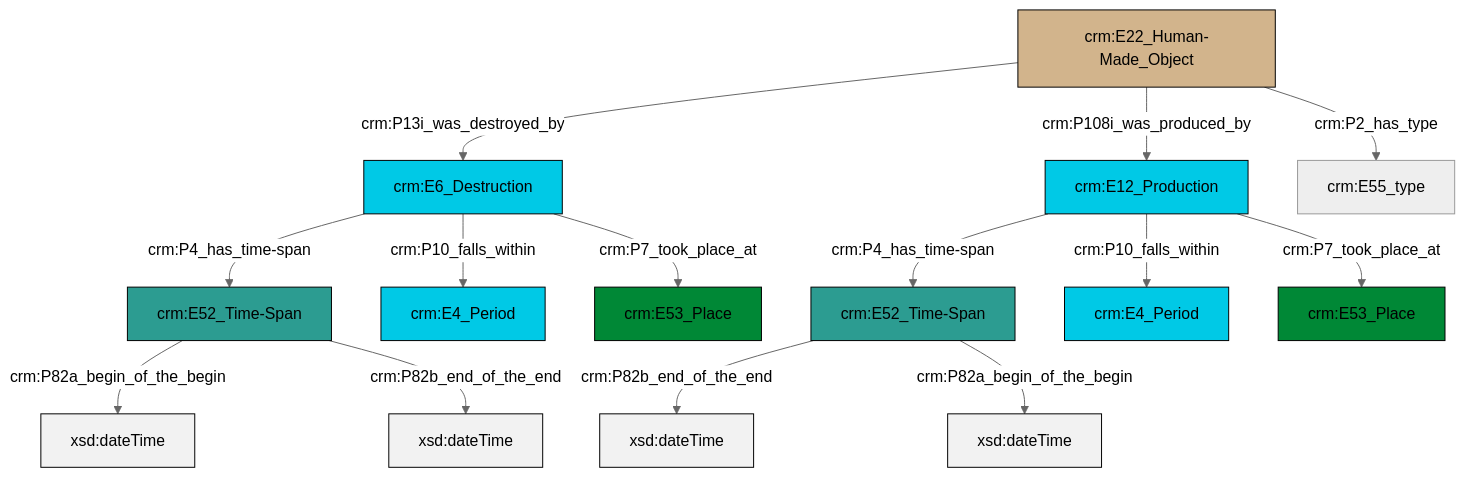
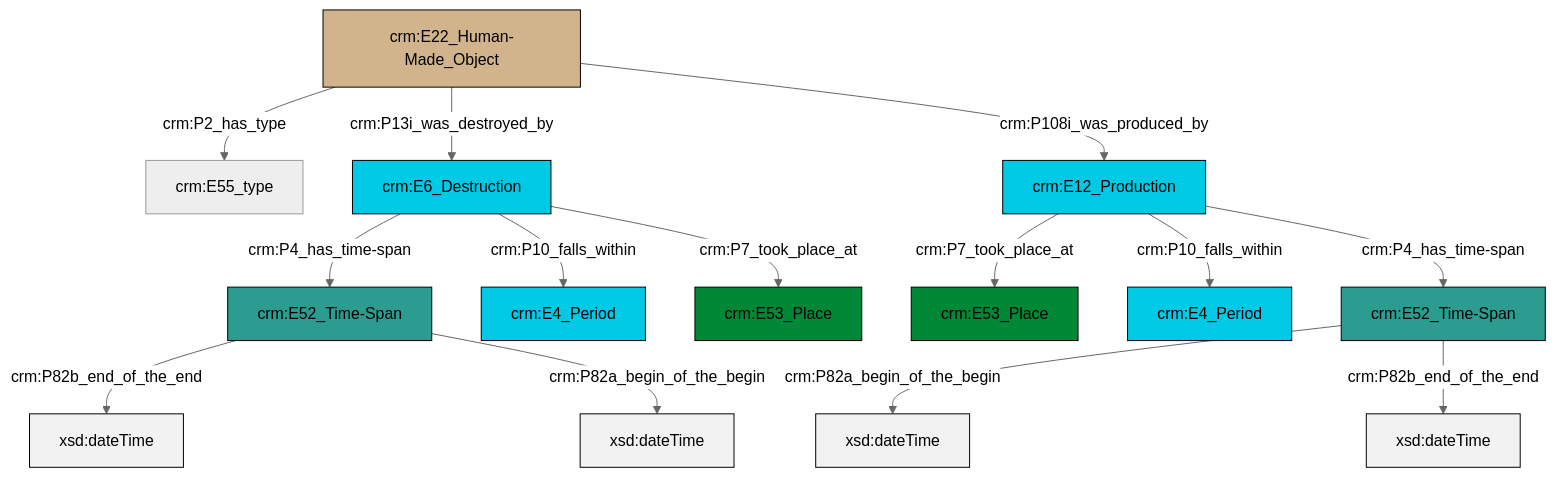
One commit to swiss-art-research-net/reference-data-models changed the diagram in et/builtWorkCSV/ttl/mmd/Built_Work_existence.ttl.mmd. Above: the diagram before and after it, drawn with Mermaid (neutral theme). The commit also changed 119 other files, not shown here.

```diff
--- a/et/builtWorkCSV/ttl/mmd/Built_Work_existence.ttl.mmd
+++ b/et/builtWorkCSV/ttl/mmd/Built_Work_existence.ttl.mmd
@@ -1,28 +1,28 @@
 graph TD
 classDef Literal fill:#f2f2f2,stroke:#000000;
 classDef CRM_Entity fill:#FFFFFF,stroke:#000000;
 classDef Temporal_Entity fill:#00C9E6, stroke:#000000;
 classDef Type fill:#E18312, stroke:#000000;
 classDef Time-Span fill:#2C9C91, stroke:#000000;
 classDef Appellation fill:#FFEB7F, stroke:#000000;
 classDef Place fill:#008836, stroke:#000000;
 classDef Persistent_Item fill:#B266B2, stroke:#000000;
 classDef Conceptual_Object fill:#FFD700, stroke:#000000;
 classDef Physical_Thing fill:#D2B48C, stroke:#000000;
 classDef Actor fill:#f58aad, stroke:#000000;
 classDef PC_Classes fill:#4ce600, stroke:#000000;
 classDef Multi fill:#cccccc,stroke:#000000;
 
-2["crm:E22_Human-Made_Object"]:::Physical_Thing -->|crm:P13i_was_destroyed_by| 3["crm:E6_Destruction"]:::Temporal_Entity
-6["crm:E12_Production"]:::Temporal_Entity -->|crm:P4_has_time-span| 4["crm:E52_Time-Span"]:::Time-Span
-2["crm:E22_Human-Made_Object"]:::Physical_Thing -->|crm:P108i_was_produced_by| 6["crm:E12_Production"]:::Temporal_Entity
-3["crm:E6_Destruction"]:::Temporal_Entity -->|crm:P4_has_time-span| 0["crm:E52_Time-Span"]:::Time-Span
-6["crm:E12_Production"]:::Temporal_Entity -->|crm:P10_falls_within| 9["crm:E4_Period"]:::Temporal_Entity
-6["crm:E12_Production"]:::Temporal_Entity -->|crm:P7_took_place_at| 17["crm:E53_Place"]:::Place
-4["crm:E52_Time-Span"]:::Time-Span -->|crm:P82b_end_of_the_end| 19[xsd:dateTime]:::Literal
-2["crm:E22_Human-Made_Object"]:::Physical_Thing -->|crm:P2_has_type| 7["crm:E55_type"]:::Default
-4["crm:E52_Time-Span"]:::Time-Span -->|crm:P82a_begin_of_the_begin| 21[xsd:dateTime]:::Literal
-3["crm:E6_Destruction"]:::Temporal_Entity -->|crm:P10_falls_within| 15["crm:E4_Period"]:::Temporal_Entity
-0["crm:E52_Time-Span"]:::Time-Span -->|crm:P82a_begin_of_the_begin| 22[xsd:dateTime]:::Literal
-0["crm:E52_Time-Span"]:::Time-Span -->|crm:P82b_end_of_the_end| 23[xsd:dateTime]:::Literal
-3["crm:E6_Destruction"]:::Temporal_Entity -->|crm:P7_took_place_at| 11["crm:E53_Place"]:::Place
+0["crm:E52_Time-Span"]:::Time-Span -->|crm:P82b_end_of_the_end| 1[xsd:dateTime]:::Literal
+2["crm:E22_Human-Made_Object"]:::Physical_Thing -->|crm:P2_has_type| 3["crm:E55_type"]:::Default
+6["crm:E6_Destruction"]:::Temporal_Entity -->|crm:P4_has_time-span| 0["crm:E52_Time-Span"]:::Time-Span
+4["crm:E12_Production"]:::Temporal_Entity -->|crm:P7_took_place_at| 9["crm:E53_Place"]:::Place
+2["crm:E22_Human-Made_Object"]:::Physical_Thing -->|crm:P13i_was_destroyed_by| 6["crm:E6_Destruction"]:::Temporal_Entity
+10["crm:E52_Time-Span"]:::Time-Span -->|crm:P82a_begin_of_the_begin| 12[xsd:dateTime]:::Literal
+2["crm:E22_Human-Made_Object"]:::Physical_Thing -->|crm:P108i_was_produced_by| 4["crm:E12_Production"]:::Temporal_Entity
+4["crm:E12_Production"]:::Temporal_Entity -->|crm:P10_falls_within| 14["crm:E4_Period"]:::Temporal_Entity
+6["crm:E6_Destruction"]:::Temporal_Entity -->|crm:P10_falls_within| 15["crm:E4_Period"]:::Temporal_Entity
+4["crm:E12_Production"]:::Temporal_Entity -->|crm:P4_has_time-span| 10["crm:E52_Time-Span"]:::Time-Span
+10["crm:E52_Time-Span"]:::Time-Span -->|crm:P82b_end_of_the_end| 17[xsd:dateTime]:::Literal
+0["crm:E52_Time-Span"]:::Time-Span -->|crm:P82a_begin_of_the_begin| 20[xsd:dateTime]:::Literal
+6["crm:E6_Destruction"]:::Temporal_Entity -->|crm:P7_took_place_at| 7["crm:E53_Place"]:::Place
```
